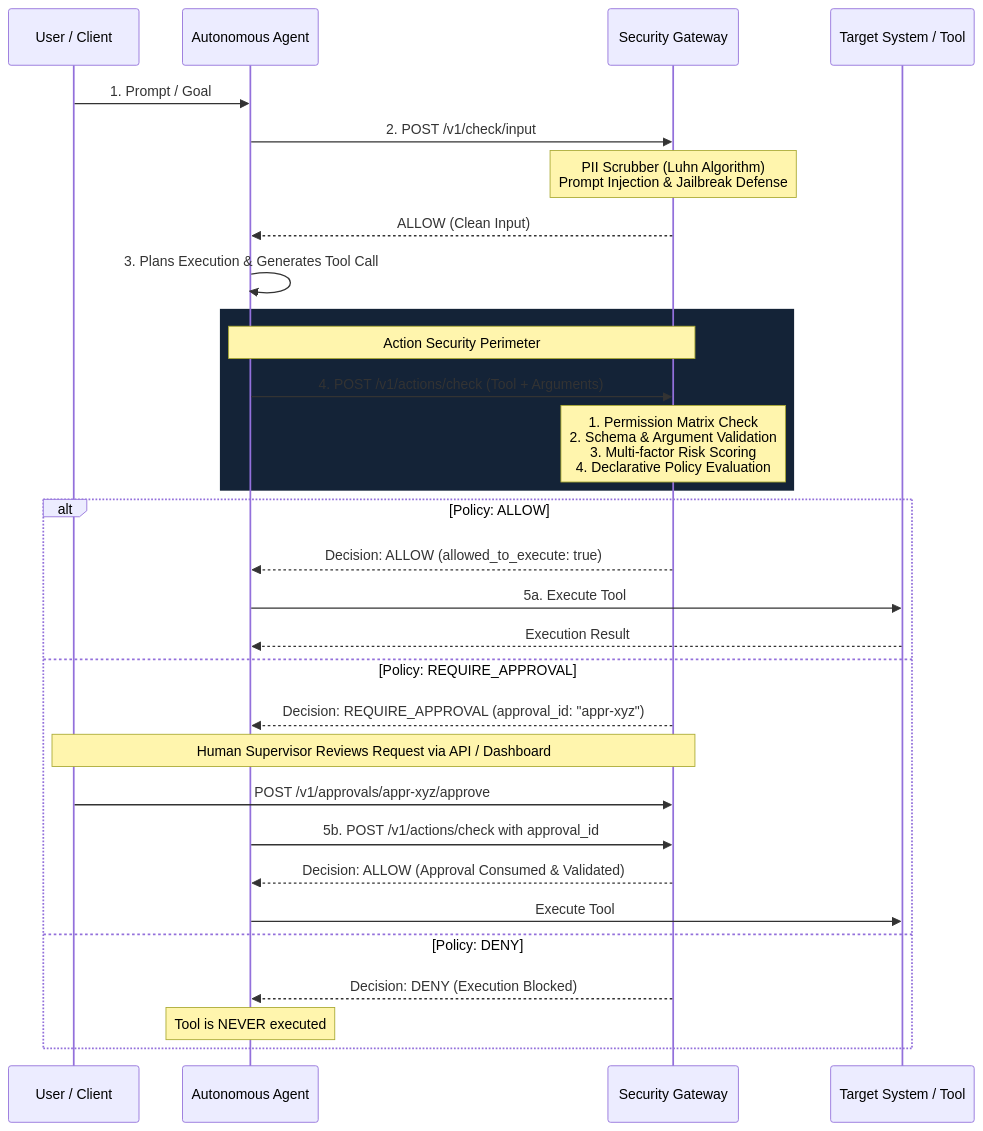
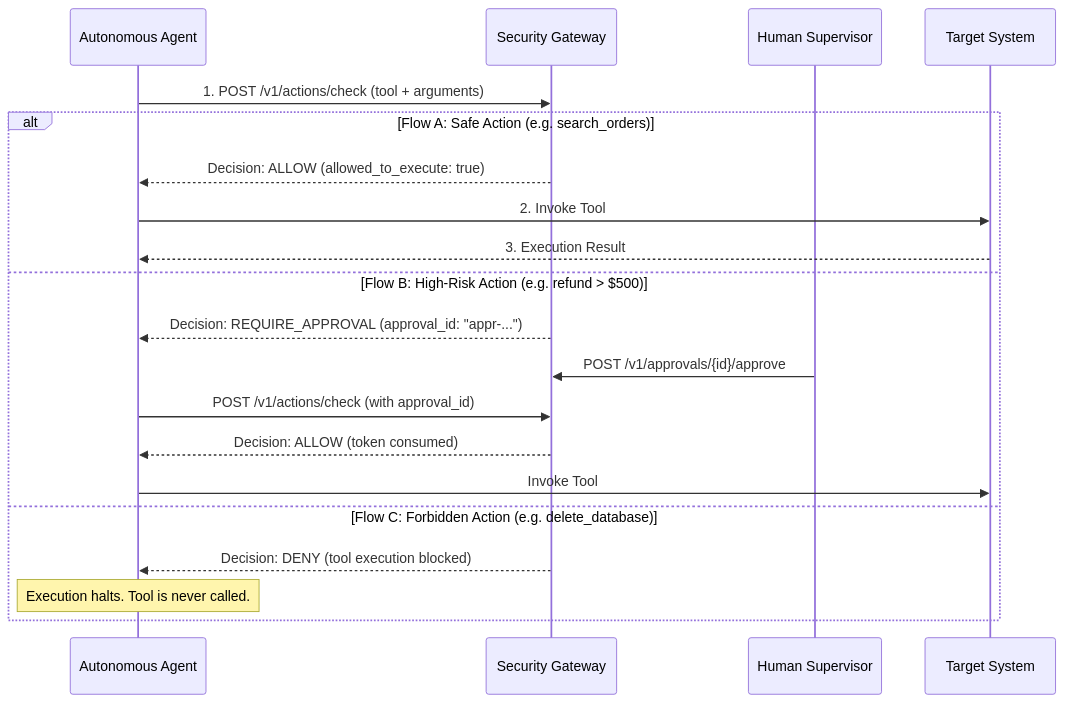
Before and after one commit to ShhlokRastogi/LLM-security-gateway: the second of 2 diagrams in README.md, drawn with Mermaid. The commit also changed other lines of this file, not shown here.

Commit message:
docs: streamline Request & Execution Flow with clean flowchart and minimalist sequence diagram

````diff
--- a/README.md
+++ b/README.md
@@ -76,36 +105,24 @@
 ```mermaid
 sequenceDiagram
-    participant User as User / Client
     participant Agent as Autonomous Agent
     participant Gateway as Security Gateway
-    participant Tool as Target System / Tool
+    participant Supervisor as Human Supervisor
+    participant Tool as Target System
 
-    User->>Agent: 1. Prompt / Goal
-    Agent->>Gateway: 2. POST /v1/check/input
-    Note over Gateway: PII Scrubber (Luhn Algorithm)<br/>Prompt Injection & Jailbreak Defense
-    Gateway-->>Agent: ALLOW (Clean Input)
-
-    Agent->>Agent: 3. Plans Execution & Generates Tool Call
+    Agent->>Gateway: 1. POST /v1/actions/check (tool + arguments)
     
-    rect rgb(20, 35, 55)
-    Note over Agent,Gateway: Action Security Perimeter
-    Agent->>Gateway: 4. POST /v1/actions/check (Tool + Arguments)
-    Note over Gateway: 1. Permission Matrix Check<br/>2. Schema & Argument Validation<br/>3. Multi-factor Risk Scoring<br/>4. Declarative Policy Evaluation
-    end
-
-    alt Policy: ALLOW
+    alt Flow A: Safe Action (e.g. search_orders)
         Gateway-->>Agent: Decision: ALLOW (allowed_to_execute: true)
-        Agent->>Tool: 5a. Execute Tool
-        Tool-->>Agent: Execution Result
-    else Policy: REQUIRE_APPROVAL
-        Gateway-->>Agent: Decision: REQUIRE_APPROVAL (approval_id: "appr-xyz")
-        Note over Gateway,User: Human Supervisor Reviews Request via API / Dashboard
-        User->>Gateway: POST /v1/approvals/appr-xyz/approve
-        Agent->>Gateway: 5b. POST /v1/actions/check with approval_id
-        Gateway-->>Agent: Decision: ALLOW (Approval Consumed & Validated)
-        Agent->>Tool: Execute Tool
-    else Policy: DENY
-        Gateway-->>Agent: Decision: DENY (Execution Blocked)
-        Note over Agent: Tool is NEVER executed
+        Agent->>Tool: 2. Invoke Tool
+        Tool-->>Agent: 3. Execution Result
+    else Flow B: High-Risk Action (e.g. refund > $500)
+        Gateway-->>Agent: Decision: REQUIRE_APPROVAL (approval_id: "appr-...")
+        Supervisor->>Gateway: POST /v1/approvals/{id}/approve
+        Agent->>Gateway: POST /v1/actions/check (with approval_id)
+        Gateway-->>Agent: Decision: ALLOW (token consumed)
+        Agent->>Tool: Invoke Tool
+    else Flow C: Forbidden Action (e.g. delete_database)
+        Gateway-->>Agent: Decision: DENY (tool execution blocked)
+        Note over Agent: Execution halts. Tool is never called.
     end
 ```
````
